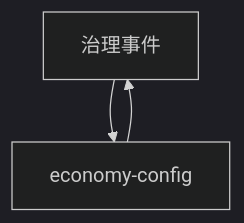
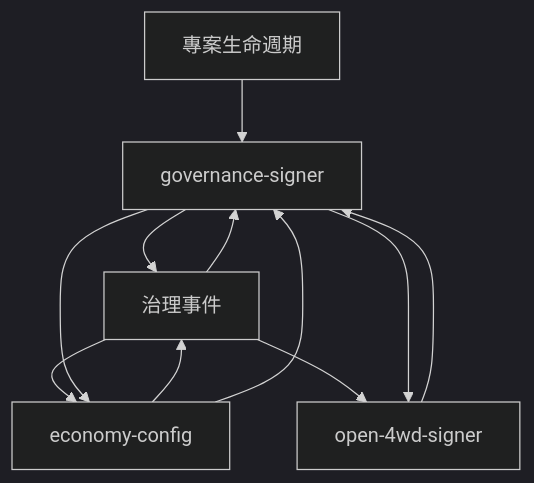
Before and after one commit to xjustloveux/open-4wd-specs: diagram 16 of 17 in docs-map.md, drawn with Mermaid (dark theme). The commit also changed other lines of this file and 29 other files, not shown here.

````diff
--- a/docs-map.md
+++ b/docs-map.md
@@ -1004,7 +1019,18 @@
 ```mermaid
 flowchart TB
-  n0["治理事件"]
-  n1["economy-config"]
-  n0 --> n1
-  n1 --> n0
+  n0["專案生命週期"]
+  n1["治理事件"]
+  n2["economy-config"]
+  n3["governance-signer"]
+  n4["open-4wd-signer"]
+  n0 --> n3
+  n1 --> n2
+  n1 --> n3
+  n1 --> n4
+  n2 --> n1
+  n2 --> n3
+  n3 --> n1
+  n3 --> n2
+  n3 --> n4
+  n4 --> n3
 ```
````
